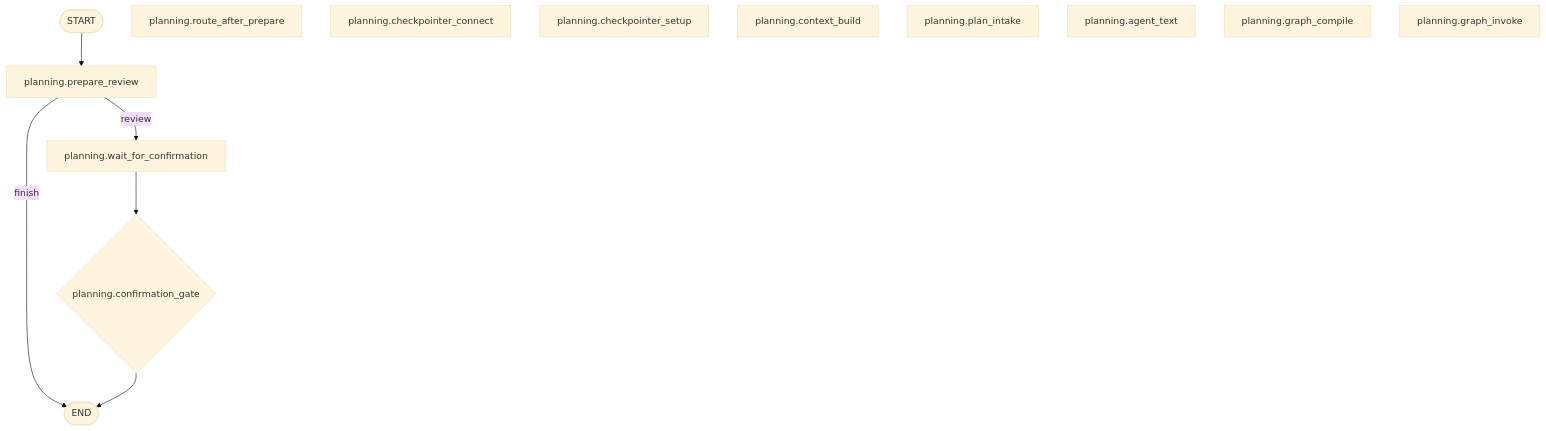
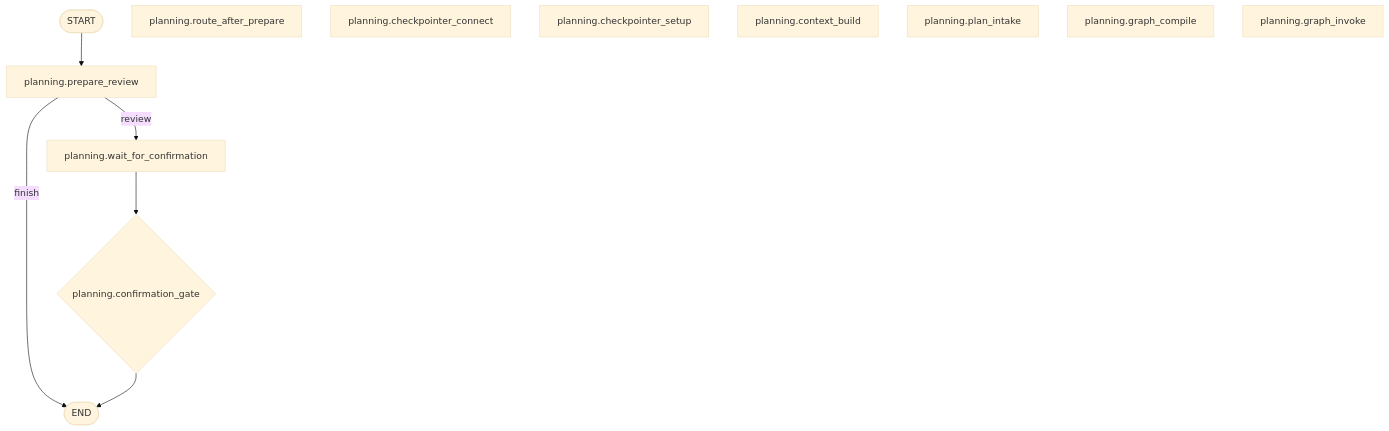
The second of 9 diagrams in docs/technical/agent-flow-current.md (johanchow/duxue), drawn with Mermaid (base theme) before and after one commit. The commit also changed other lines of this file and 25 other files, not shown here.

````diff
--- a/docs/technical/agent-flow-current.md
+++ b/docs/technical/agent-flow-current.md
@@ -32,21 +32,20 @@
 ```mermaid
 flowchart TD
   planning_START([START])
   planning_END([END])
   planning_prepare_review[planning.prepare_review]
   planning_route_after_prepare[planning.route_after_prepare]
   planning_wait_for_confirmation[planning.wait_for_confirmation]
   planning_confirmation_gate{planning.confirmation_gate}
   planning_checkpointer_connect[planning.checkpointer_connect]
   planning_checkpointer_setup[planning.checkpointer_setup]
   planning_context_build[planning.context_build]
   planning_plan_intake[planning.plan_intake]
-  planning_agent_text[planning.agent_text]
   planning_graph_compile[planning.graph_compile]
   planning_graph_invoke[planning.graph_invoke]
   planning_START --> planning_prepare_review
   planning_prepare_review -->|review| planning_wait_for_confirmation
   planning_prepare_review -->|finish| planning_END
   planning_wait_for_confirmation --> planning_confirmation_gate
   planning_confirmation_gate --> planning_END
 ```
````
